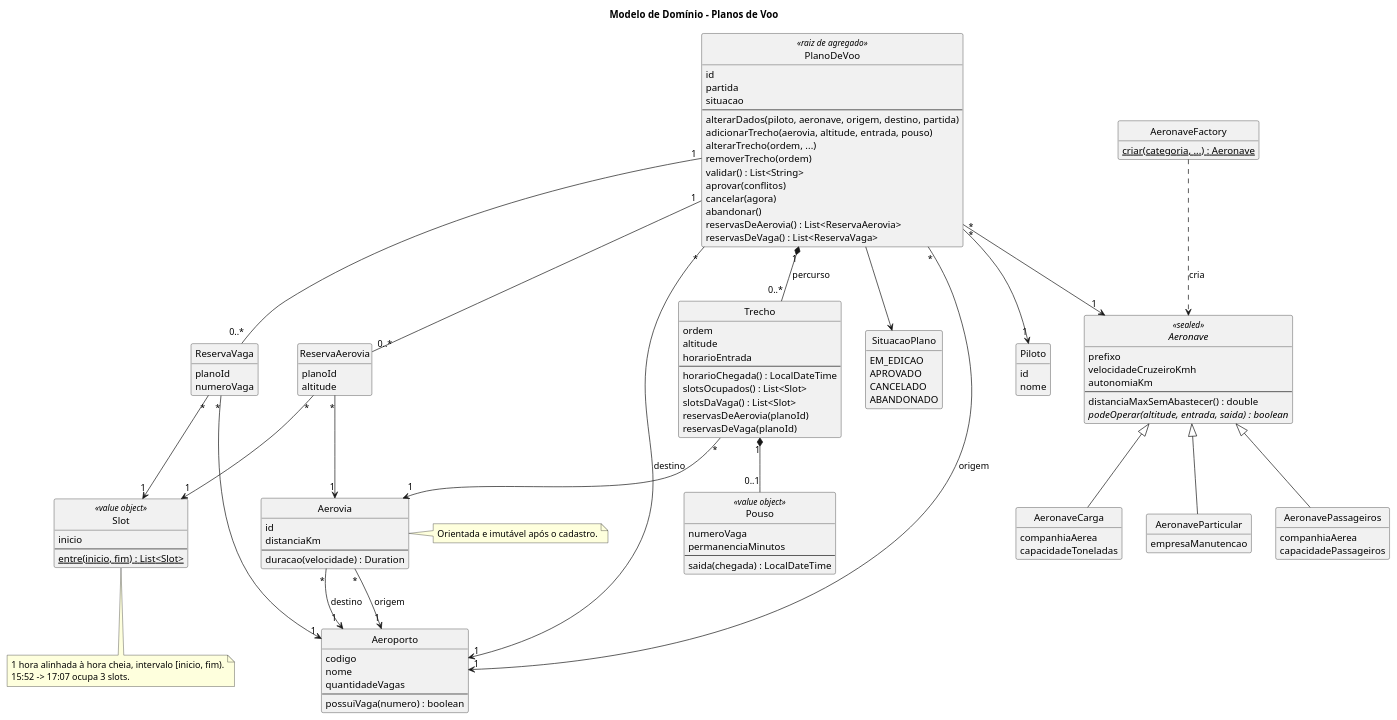
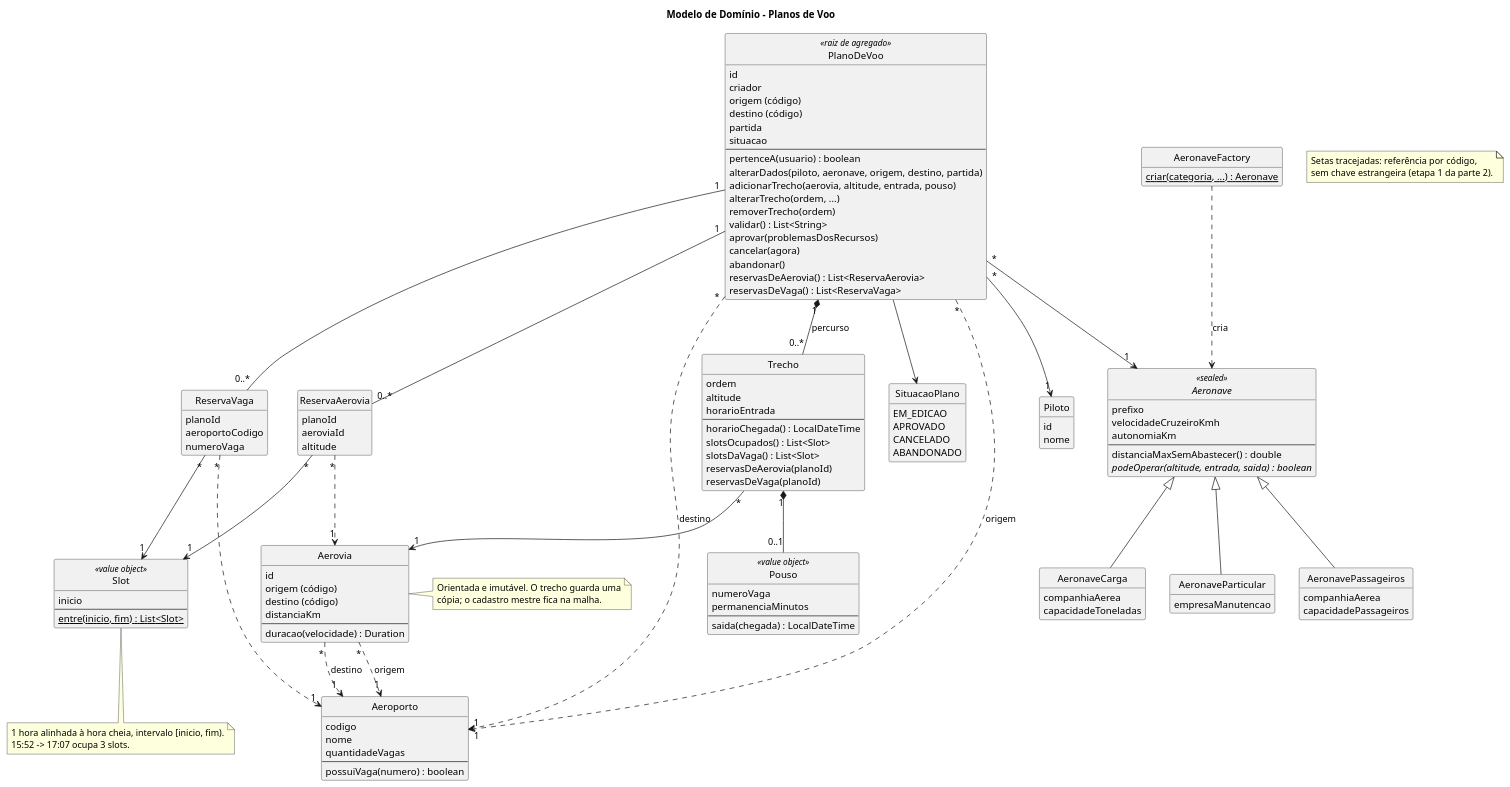
One commit to antoniocosta0/trabalho-projaq changed the diagram in docs/dominio/modelo-dominio.puml. Above: the diagram before and after it, drawn with PlantUML. The commit also changed 6 other files, not shown here.

Commit message:
docs: record the stage 1 changes, adrs and updated diagrams

```diff
--- a/docs/dominio/modelo-dominio.puml
+++ b/docs/dominio/modelo-dominio.puml
@@ -1,147 +1,161 @@
 @startuml
 title Modelo de Domínio - Planos de Voo
 hide circle
 hide empty members
 skinparam classAttributeIconSize 0
 skinparam shadowing false
 
 class Aeroporto {
   codigo
   nome
   quantidadeVagas
   --
   possuiVaga(numero) : boolean
 }
 
 class Aerovia {
   id
+  origem (código)
+  destino (código)
   distanciaKm
   --
   duracao(velocidade) : Duration
 }
 
 note right of Aerovia
-  Orientada e imutável após o cadastro.
+  Orientada e imutável. O trecho guarda uma
+  cópia; o cadastro mestre fica na malha.
 end note
 
 class Piloto {
   id
   nome
 }
 
 abstract class Aeronave <<sealed>> {
   prefixo
   velocidadeCruzeiroKmh
   autonomiaKm
   --
   distanciaMaxSemAbastecer() : double
   {abstract} podeOperar(altitude, entrada, saida) : boolean
 }
 
 class AeronaveParticular {
   empresaManutencao
 }
 
 class AeronavePassageiros {
   companhiaAerea
   capacidadePassageiros
 }
 
 class AeronaveCarga {
   companhiaAerea
   capacidadeToneladas
 }
 
 class AeronaveFactory {
   {static} criar(categoria, ...) : Aeronave
 }
 
 class PlanoDeVoo <<raiz de agregado>> {
   id
+  criador
+  origem (código)
+  destino (código)
   partida
   situacao
   --
+  pertenceA(usuario) : boolean
   alterarDados(piloto, aeronave, origem, destino, partida)
   adicionarTrecho(aerovia, altitude, entrada, pouso)
   alterarTrecho(ordem, ...)
   removerTrecho(ordem)
   validar() : List<String>
-  aprovar(conflitos)
+  aprovar(problemasDosRecursos)
   cancelar(agora)
   abandonar()
   reservasDeAerovia() : List<ReservaAerovia>
   reservasDeVaga() : List<ReservaVaga>
 }
 
 class Trecho {
   ordem
   altitude
   horarioEntrada
   --
   horarioChegada() : LocalDateTime
   slotsOcupados() : List<Slot>
   slotsDaVaga() : List<Slot>
   reservasDeAerovia(planoId)
   reservasDeVaga(planoId)
 }
 
 class Pouso <<value object>> {
   numeroVaga
   permanenciaMinutos
   --
   saida(chegada) : LocalDateTime
 }
 
 class Slot <<value object>> {
   inicio
   --
   {static} entre(inicio, fim) : List<Slot>
 }
 
 note bottom of Slot
   1 hora alinhada à hora cheia, intervalo [inicio, fim).
   15:52 -> 17:07 ocupa 3 slots.
 end note
 
 class ReservaAerovia {
   planoId
+  aeroviaId
   altitude
 }
 
 class ReservaVaga {
   planoId
+  aeroportoCodigo
   numeroVaga
 }
 
 enum SituacaoPlano {
   EM_EDICAO
   APROVADO
   CANCELADO
   ABANDONADO
 }
 
-Aerovia "*" --> "1" Aeroporto : origem
-Aerovia "*" --> "1" Aeroporto : destino
+Aerovia "*" ..> "1" Aeroporto : origem
+Aerovia "*" ..> "1" Aeroporto : destino
 
 Aeronave <|-- AeronaveParticular
 Aeronave <|-- AeronavePassageiros
 Aeronave <|-- AeronaveCarga
 AeronaveFactory ..> Aeronave : cria
 
 PlanoDeVoo "*" --> "1" Piloto
 PlanoDeVoo "*" --> "1" Aeronave
-PlanoDeVoo "*" --> "1" Aeroporto : origem
-PlanoDeVoo "*" --> "1" Aeroporto : destino
+PlanoDeVoo "*" ..> "1" Aeroporto : origem
+PlanoDeVoo "*" ..> "1" Aeroporto : destino
 PlanoDeVoo --> SituacaoPlano
 PlanoDeVoo "1" *-- "0..*" Trecho : percurso
 Trecho "*" --> "1" Aerovia
 Trecho "1" *-- "0..1" Pouso
 
 PlanoDeVoo "1" -- "0..*" ReservaAerovia
 PlanoDeVoo "1" -- "0..*" ReservaVaga
-ReservaAerovia "*" --> "1" Aerovia
+ReservaAerovia "*" ..> "1" Aerovia
 ReservaAerovia "*" --> "1" Slot
-ReservaVaga "*" --> "1" Aeroporto
+ReservaVaga "*" ..> "1" Aeroporto
 ReservaVaga "*" --> "1" Slot
 
+note as referencias
+  Setas tracejadas: referência por código,
+  sem chave estrangeira (etapa 1 da parte 2).
+end note
+
 @enduml
```
